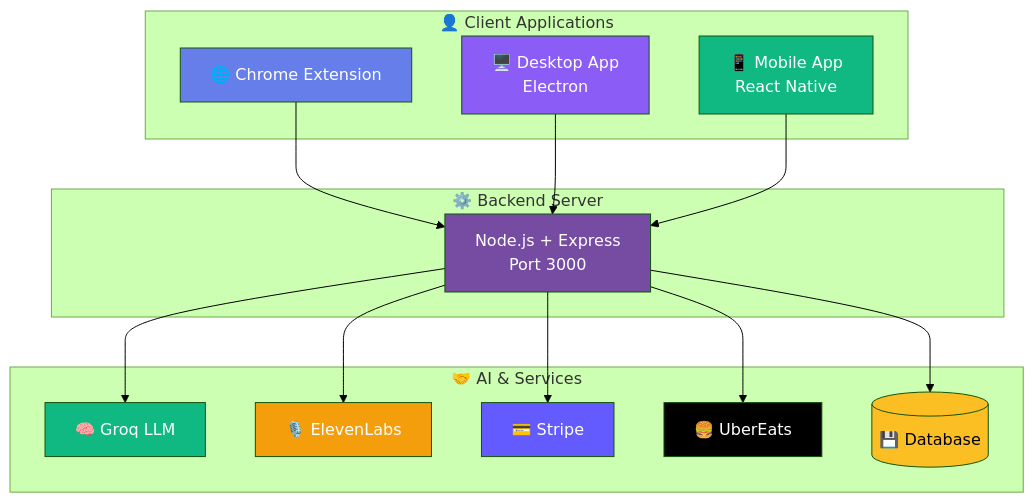
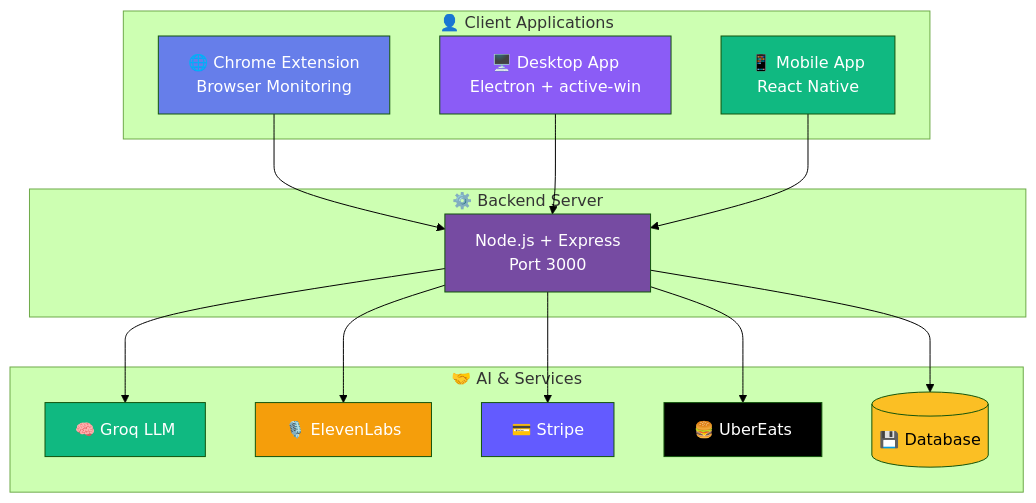
The first of 2 diagrams in README.md (Jessi0803/Bad_Habit_Breaker), drawn with Mermaid (forest theme) before and after one commit.

Commit message:
✅ Keep Chrome Extension in architecture
Updated architecture diagram to clearly show Chrome Extension alongside Desktop and Mobile apps. All three client applications are now visible in the architecture.

````diff
--- a/README.md
+++ b/README.md
@@ -395,40 +395,40 @@
 ```mermaid
 graph TB
     subgraph "👤 Client Applications"
-        CE[🌐 Chrome Extension]
-        DA[🖥️ Desktop App<br/>Electron]
+        CE[🌐 Chrome Extension<br/>Browser Monitoring]
+        DA[🖥️ Desktop App<br/>Electron + active-win]
         MA[📱 Mobile App<br/>React Native]
     end
     
     subgraph "⚙️ Backend Server"
         Backend[Node.js + Express<br/>Port 3000]
     end
     
     subgraph "🤝 AI & Services"
         LLM[🧠 Groq LLM]
         TTS[🎙️ ElevenLabs]
         Stripe[💳 Stripe]
         Uber[🍔 UberEats]
         DB[(💾 Database)]
     end
     
     CE --> Backend
     DA --> Backend
     MA --> Backend
     
     Backend --> LLM
     Backend --> TTS
     Backend --> Stripe
     Backend --> Uber
     Backend --> DB
     
     style CE fill:#667eea,color:#fff
     style DA fill:#8b5cf6,color:#fff
     style MA fill:#10b981,color:#fff
     style Backend fill:#764ba2,color:#fff
     style LLM fill:#10b981,color:#fff
     style TTS fill:#f59e0b,color:#fff
     style Stripe fill:#635bff,color:#fff
     style Uber fill:#000,color:#fff
     style DB fill:#fbbf24,color:#000
 ```
````
